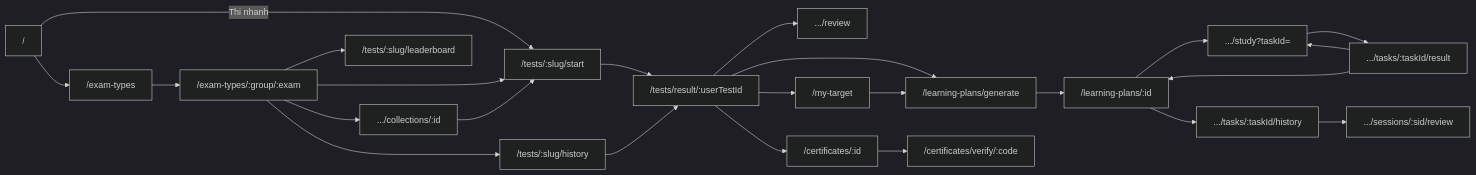
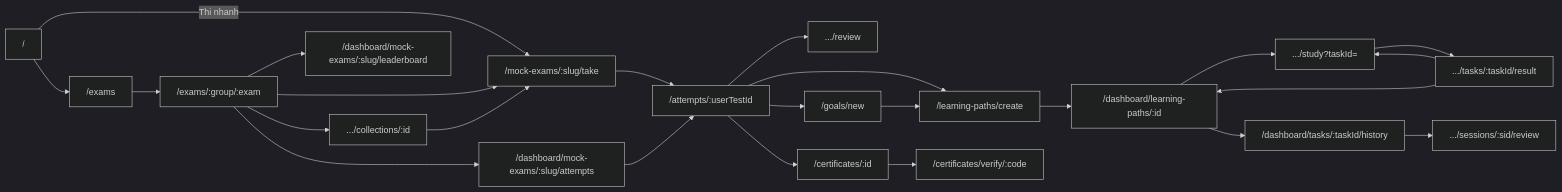
Before and after one commit to thangnd05/Project-exam: the diagram in frontend/URL-MAP.md, drawn with Mermaid (dark theme). The commit also changed other lines of this file and 166 other files, not shown here.

````diff
--- a/frontend/URL-MAP.md
+++ b/frontend/URL-MAP.md
@@ -222,26 +225,26 @@
 ```mermaid
 flowchart LR
-  Home["/"] --> Exams["/exam-types"]
+  Home["/"] --> Exams["/exams"]
   Home -->|Thi nhanh| Start
-  Exams --> Exam["/exam-types/:group/:exam"]
+  Exams --> Exam["/exams/:group/:exam"]
   Exam --> Coll[".../collections/:id"]
-  Exam --> Start["/tests/:slug/start"]
+  Exam --> Start["/mock-exams/:slug/take"]
   Coll --> Start
-  Exam --> Hist["/tests/:slug/history"]
-  Exam --> Lead["/tests/:slug/leaderboard"]
-  Start --> Result["/tests/result/:userTestId"]
+  Exam --> Hist["/dashboard/mock-exams/:slug/attempts"]
+  Exam --> Lead["/dashboard/mock-exams/:slug/leaderboard"]
+  Start --> Result["/attempts/:userTestId"]
   Result --> Review[".../review"]
-  Result --> Target["/my-target"]
-  Result --> Gen["/learning-plans/generate"]
+  Result --> Target["/goals/new"]
+  Result --> Gen["/learning-paths/create"]
   Hist --> Result
   Target --> Gen
-  Gen --> Plan["/learning-plans/:id"]
+  Gen --> Plan["/dashboard/learning-paths/:id"]
   Plan --> Study[".../study?taskId="]
   Study --> TaskRes[".../tasks/:taskId/result"]
   TaskRes --> Study
   TaskRes --> Plan
-  Plan --> TaskHist[".../tasks/:taskId/history"]
+  Plan --> TaskHist["/dashboard/tasks/:taskId/history"]
   TaskHist --> SessRev[".../sessions/:sid/review"]
   Result --> Cert["/certificates/:id"]
   Cert --> Verify["/certificates/verify/:code"]
 ```
````
